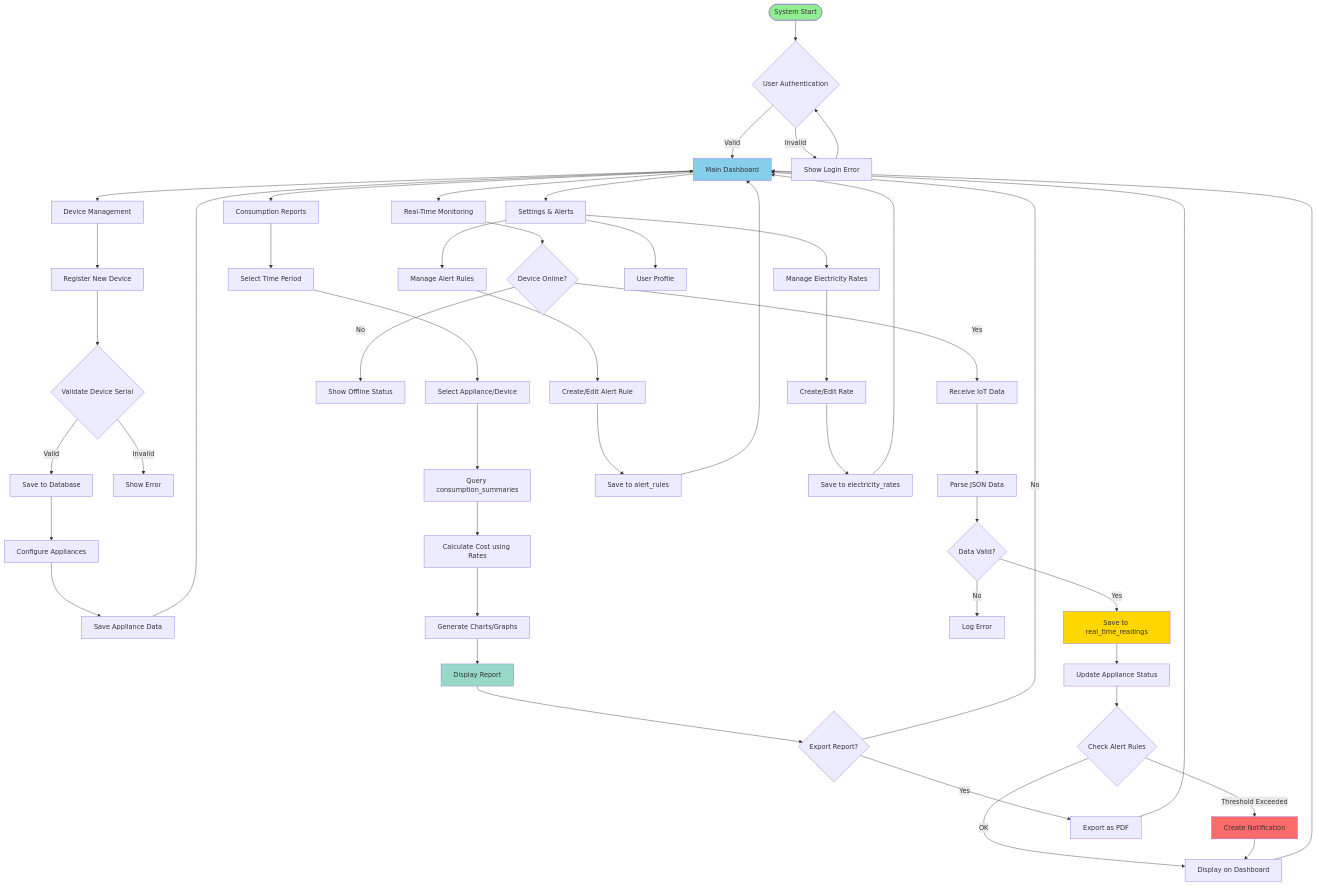
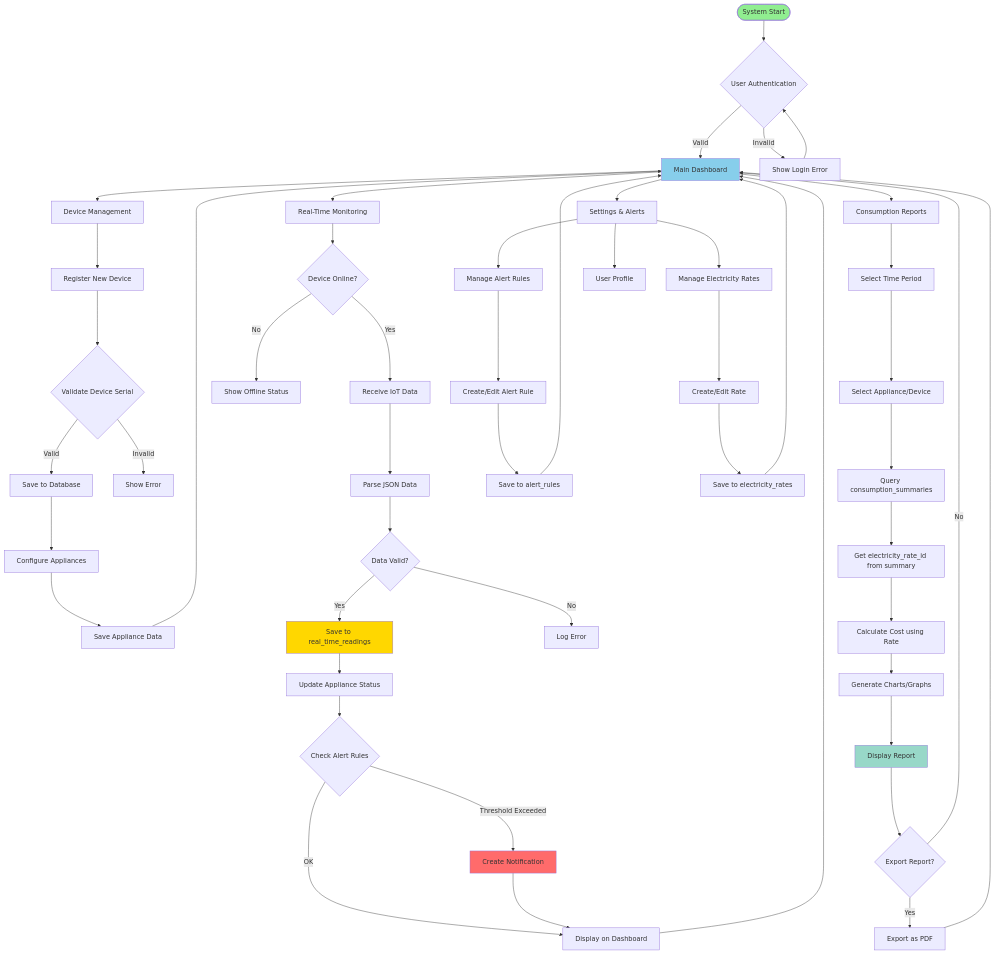
One commit to IrieSkid/capstone-non-intrusive-load-monitoring-device-mobile-application changed the first of 5 diagrams in Documentation/database-design/system-flowchart.md. Above: the diagram before and after it, drawn with Mermaid. The commit also changed other lines of this file and 5 other files, not shown here.

````diff
--- a/Documentation/database-design/system-flowchart.md
+++ b/Documentation/database-design/system-flowchart.md
@@ -5,65 +5,66 @@
 ```mermaid
 flowchart TD
     Start([System Start]) --> UserAuth{User Authentication}
     UserAuth -->|Valid| MainMenu[Main Dashboard]
     UserAuth -->|Invalid| LoginError[Show Login Error]
     LoginError --> UserAuth
     
     MainMenu --> DeviceMgmt[Device Management]
     MainMenu --> RealTimeMonitor[Real-Time Monitoring]
     MainMenu --> Reports[Consumption Reports]
     MainMenu --> Settings[Settings & Alerts]
     
     %% Device Management Flow
     DeviceMgmt --> RegisterDevice[Register New Device]
     RegisterDevice --> ValidateDevice{Validate Device Serial}
     ValidateDevice -->|Valid| SaveDevice[Save to Database]
     ValidateDevice -->|Invalid| DeviceError[Show Error]
     SaveDevice --> ConfigureAppliances[Configure Appliances]
     ConfigureAppliances --> SaveAppliances[Save Appliance Data]
     SaveAppliances --> MainMenu
     
     %% Real-Time Monitoring Flow
     RealTimeMonitor --> ConnectDevice{Device Online?}
     ConnectDevice -->|Yes| ReceiveData[Receive IoT Data]
     ConnectDevice -->|No| ShowOffline[Show Offline Status]
     ReceiveData --> ParseData[Parse JSON Data]
     ParseData --> ValidateData{Data Valid?}
     ValidateData -->|Yes| SaveReading[Save to real_time_readings]
     ValidateData -->|No| LogError[Log Error]
     SaveReading --> UpdateApplianceStatus[Update Appliance Status]
     UpdateApplianceStatus --> CheckAlerts{Check Alert Rules}
     CheckAlerts -->|Threshold Exceeded| CreateNotification[Create Notification]
     CheckAlerts -->|OK| DisplayData[Display on Dashboard]
     CreateNotification --> DisplayData
     DisplayData --> MainMenu
     
     %% Reports Flow
     Reports --> SelectPeriod[Select Time Period]
     SelectPeriod --> SelectAppliance[Select Appliance/Device]
     SelectAppliance --> QuerySummary[Query consumption_summaries]
-    QuerySummary --> CalculateCost[Calculate Cost using Rates]
+    QuerySummary --> GetRate[Get electricity_rate_id from summary]
+    GetRate --> CalculateCost[Calculate Cost using Rate]
     CalculateCost --> GenerateChart[Generate Charts/Graphs]
     GenerateChart --> DisplayReport[Display Report]
     DisplayReport --> ExportOption{Export Report?}
     ExportOption -->|Yes| ExportPDF[Export as PDF]
     ExportOption -->|No| MainMenu
     ExportPDF --> MainMenu
     
     %% Settings Flow
     Settings --> ManageAlerts[Manage Alert Rules]
     Settings --> ManageRates[Manage Electricity Rates]
     Settings --> UserProfile[User Profile]
     ManageAlerts --> CreateRule[Create/Edit Alert Rule]
     CreateRule --> SaveRule[Save to alert_rules]
     SaveRule --> MainMenu
     ManageRates --> CreateRate[Create/Edit Rate]
     CreateRate --> SaveRate[Save to electricity_rates]
     SaveRate --> MainMenu
     
     style Start fill:#90EE90
     style MainMenu fill:#87CEEB
     style SaveReading fill:#FFD700
     style CreateNotification fill:#FF6B6B
     style DisplayReport fill:#98D8C8
 ```
````
